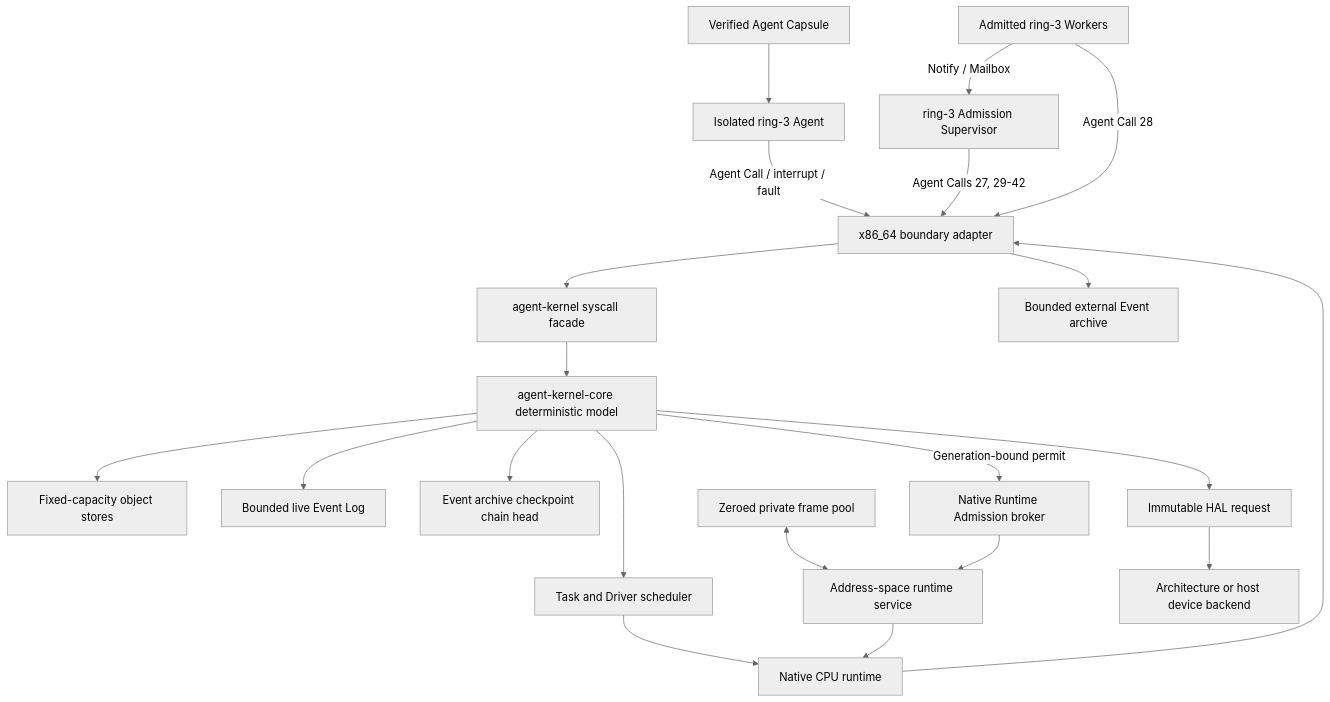
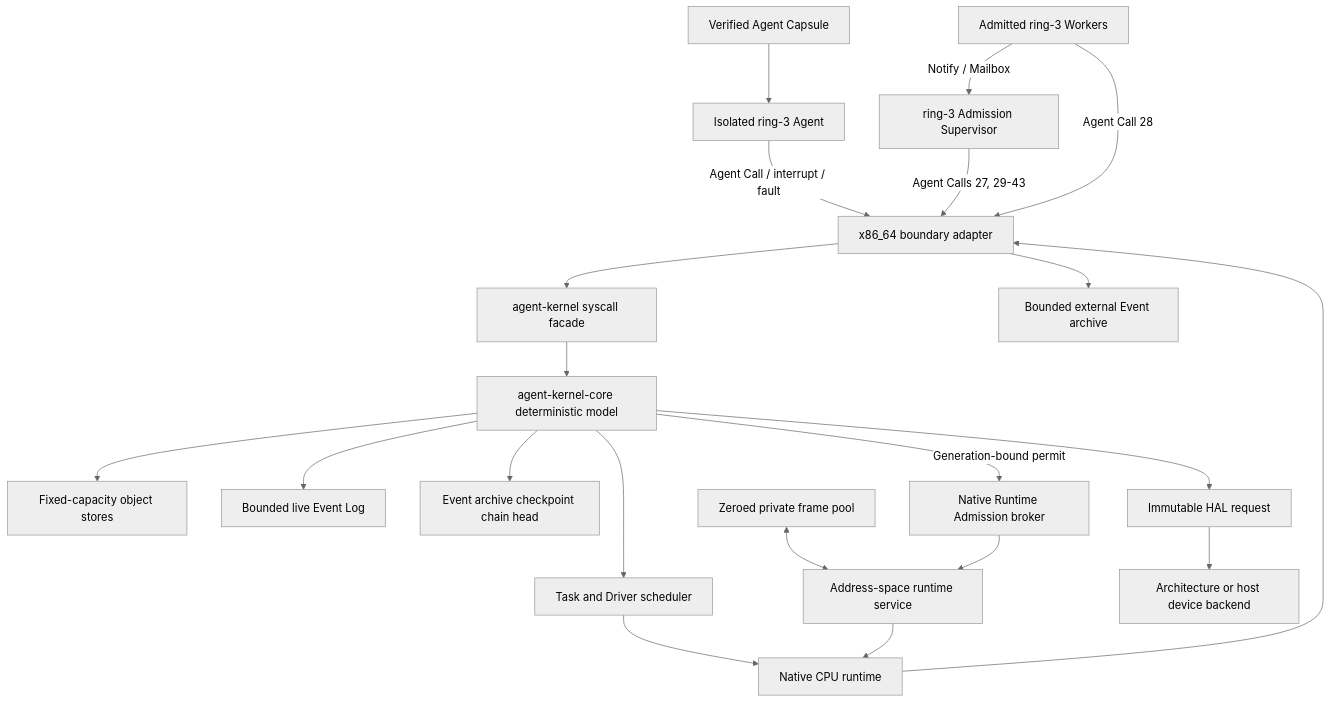
The diagram in README.md (Evan-master/agent-kernel), drawn with Mermaid (neutral theme) before and after one commit. The commit also changed other lines of this file and 56 other files, not shown here.

````diff
--- a/README.md
+++ b/README.md
@@ -300,23 +310,23 @@
 ```mermaid
 flowchart TB
     Capsule["Verified Agent Capsule"] --> Ring3["Isolated ring-3 Agent"]
     Ring3 -->|"Agent Call / interrupt / fault"| X86["x86_64 boundary adapter"]
     X86 --> Facade["agent-kernel syscall facade"]
     Facade --> Core["agent-kernel-core deterministic model"]
     Core --> Stores["Fixed-capacity object stores"]
     Core --> Events["Bounded live Event Log"]
     Core --> ArchiveHead["Event archive checkpoint chain head"]
     Core --> Scheduler["Task and Driver scheduler"]
     Scheduler --> Runtime["Native CPU runtime"]
     Runtime --> X86
     FramePool["Zeroed private frame pool"] <--> AddressService["Address-space runtime service"]
     Broker["Native Runtime Admission broker"] --> AddressService
     Core -->|"Generation-bound permit"| Broker
     AddressService --> Runtime
     X86 --> Archive["Bounded external Event archive"]
     Core --> HAL["Immutable HAL request"]
     HAL --> Device["Architecture or host device backend"]
-    Supervisor["ring-3 Admission Supervisor"] -->|"Agent Calls 27, 29-42"| X86
+    Supervisor["ring-3 Admission Supervisor"] -->|"Agent Calls 27, 29-43"| X86
     Workers["Admitted ring-3 Workers"] -->|"Agent Call 28"| X86
     Workers -->|"Notify / Mailbox"| Supervisor
 ```
````
